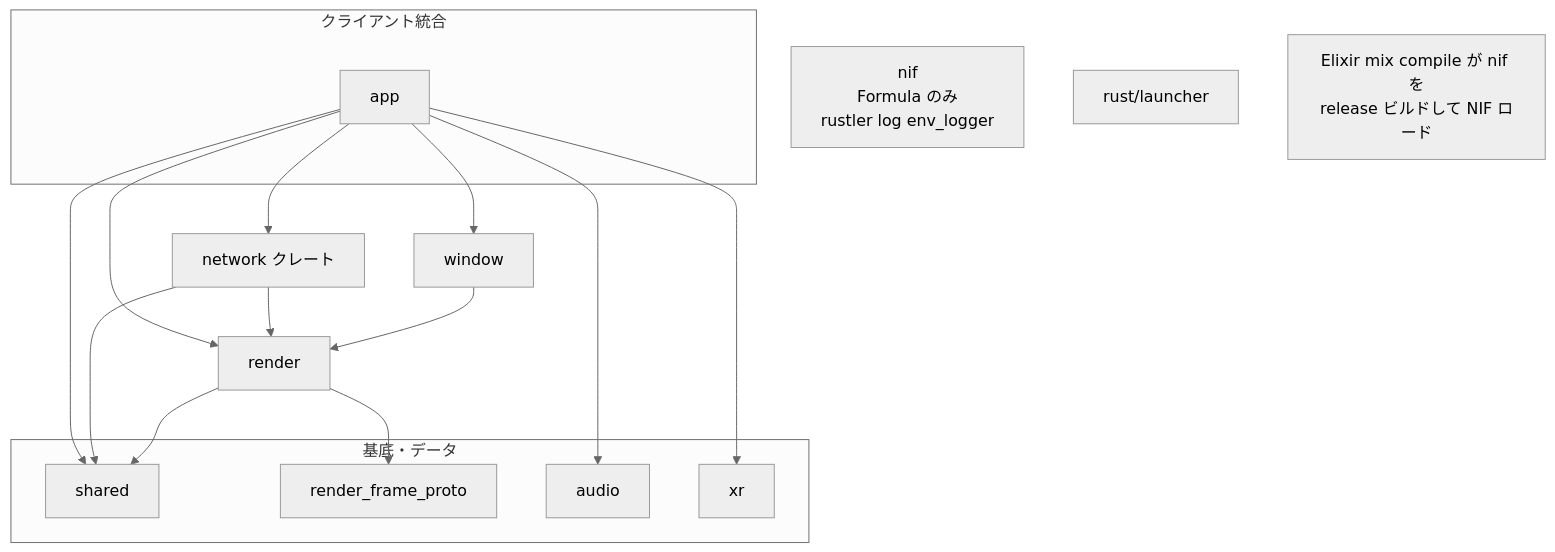
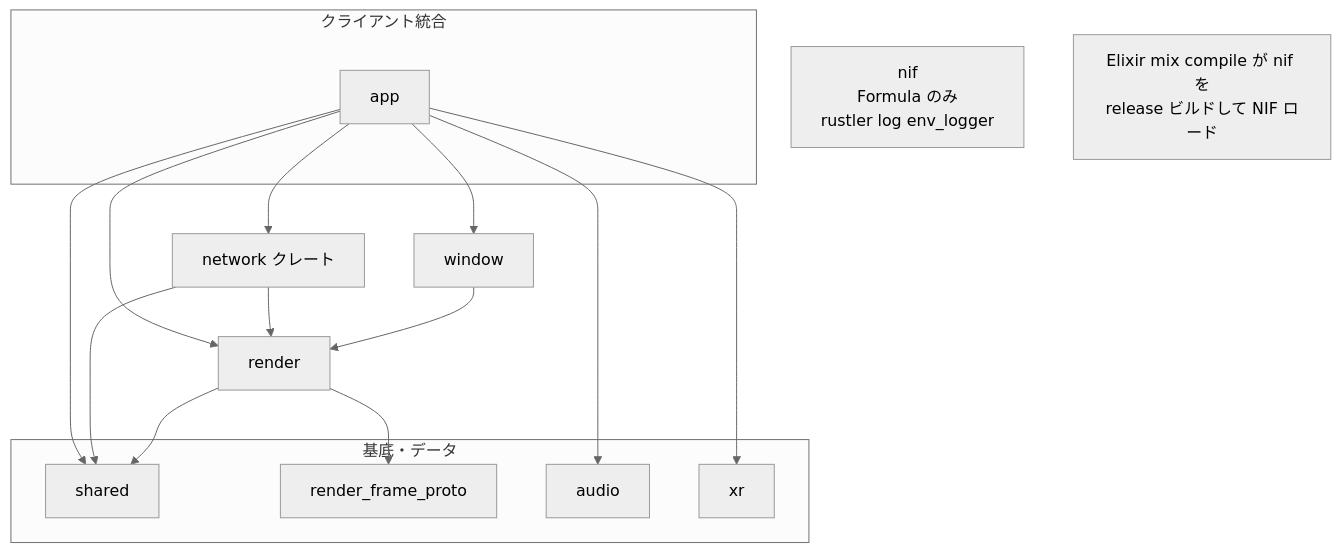
Before and after one commit to FRICK-ELDY/alchemy-engine: the second of 9 diagrams in docs/architecture/overview.md, drawn with Mermaid (neutral theme). The commit also changed other lines of this file, not shown here.

Commit message:
docs: architecture overviewをlauncher非依存の起動構成に更新

````diff
--- a/docs/architecture/overview.md
+++ b/docs/architecture/overview.md
@@ -104,32 +99,30 @@
 ```mermaid
 graph TB
     subgraph Base["基底・データ"]
         SHARED[shared]
         RFP[render_frame_proto]
         AUDIO[audio]
         XR[xr]
     end
 
     NIF[nif<br/>Formula のみ<br/>rustler log env_logger]
 
     RENDER[render] --> RFP
     RENDER --> SHARED
     WINDOW[window] --> RENDER
     NETWORK[network クレート] --> RENDER
     NETWORK --> SHARED
 
     subgraph App["クライアント統合"]
         APP[app]
     end
 
     APP --> NETWORK
     APP --> WINDOW
     APP --> RENDER
     APP --> SHARED
     APP --> XR
     APP --> AUDIO
 
-    LAUNCHER[rust/launcher]
-
     Note1[Elixir mix compile が nif を<br/>release ビルドして NIF ロード]
 ```
````
